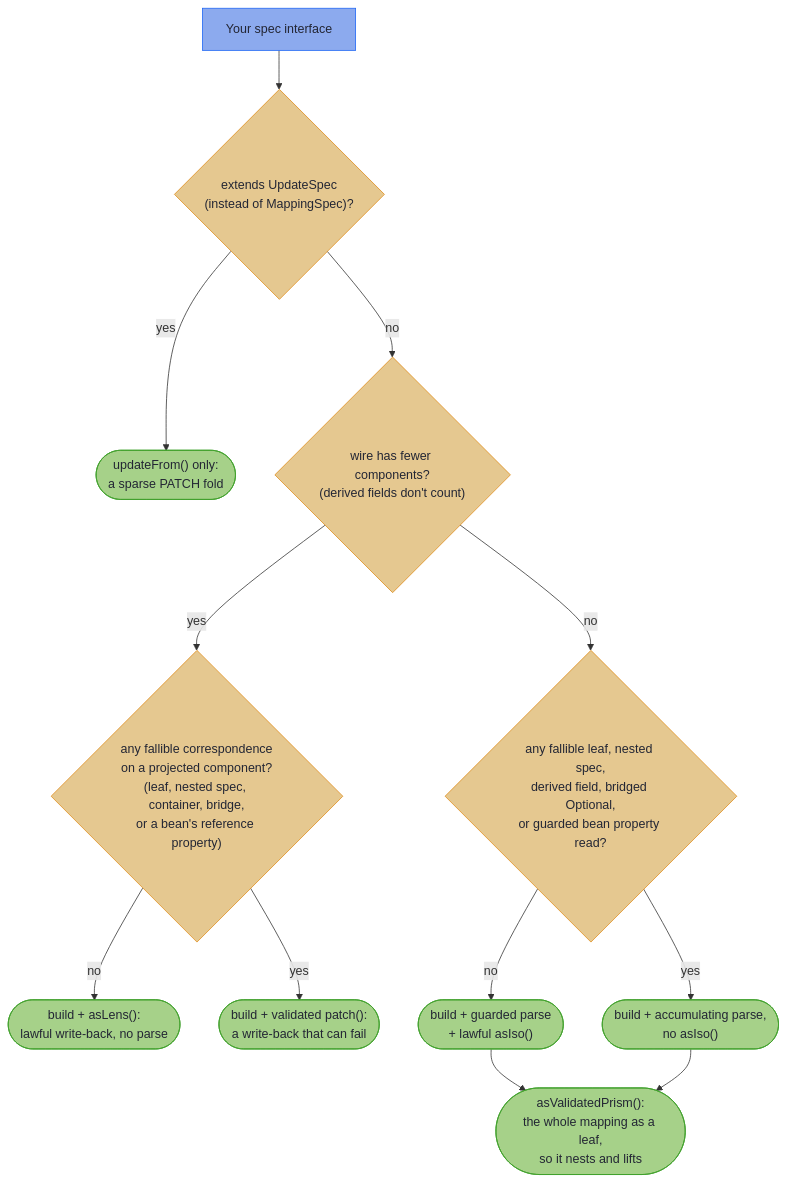
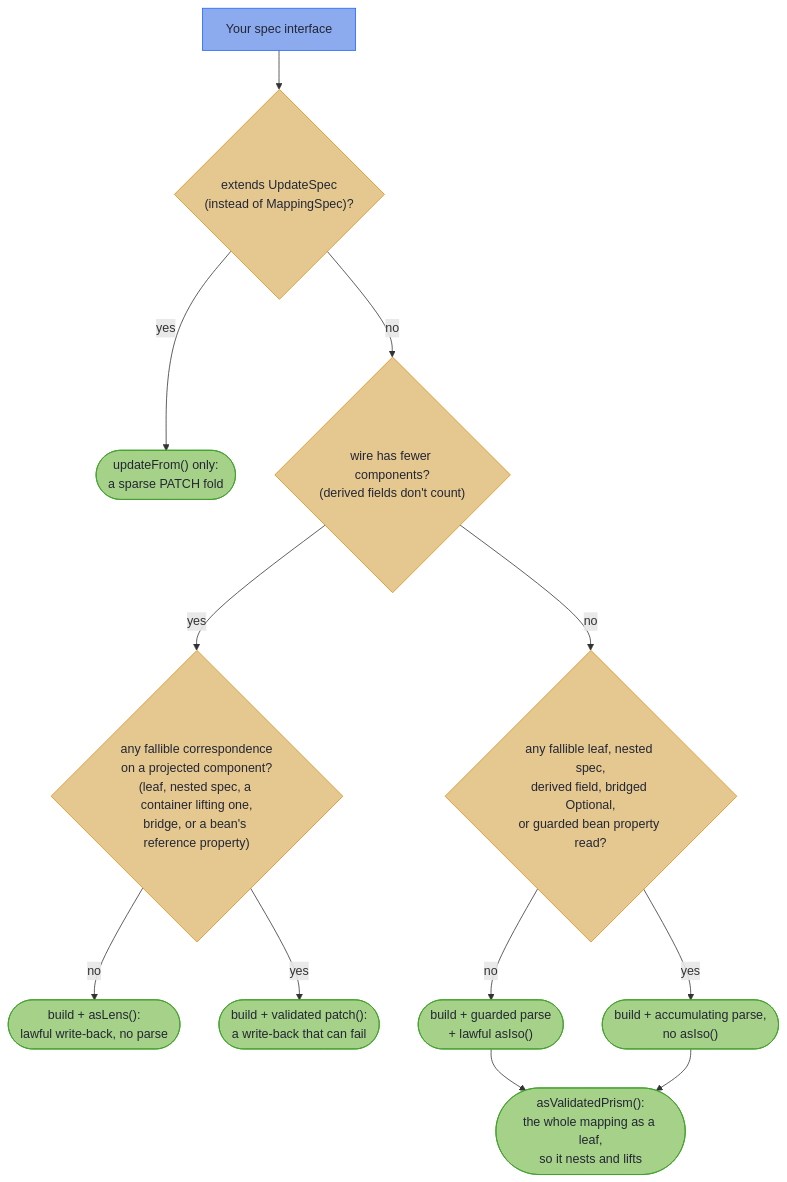
One commit to higher-kinded-j/higher-kinded-j changed the diagram in hkj-book/src/mapping/tiers.md. Above: the diagram before and after it, drawn with Mermaid. The commit also changed other lines of this file and 1 other file, not shown here.

Commit message:
Say which projections take the patch tier, on each wire shape
Two statements over-claimed. The tiers page said a bean projection lands
on the validated patch even without a leaf; that holds only when the
bean has a reference property, since an all-primitive one keeps its
lawful asLens(). The processor's class javadoc listed a container among
the correspondences that select patch; an identity List or Map copies
verbatim, so on a record wire it keeps the lens, and only a container
lifting a leaf or a nested spec is fallible.

The decision chart on the same page listed "container" the same way, so
it says "a container lifting one" too.

````diff
--- a/hkj-book/src/mapping/tiers.md
+++ b/hkj-book/src/mapping/tiers.md
@@ -20,21 +20,21 @@
 ```mermaid
 flowchart TD
     S["Your spec interface"] --> U{"extends UpdateSpec<br/>(instead of MappingSpec)?"}
     U -->|yes| UT(["updateFrom() only:<br/>a sparse PATCH fold"])
     U -->|no| W{"wire has fewer components?<br/>(derived fields don't count)"}
-    W -->|yes| F{"any fallible correspondence<br/>on a projected component?<br/>(leaf, nested spec, container, bridge,<br/>or a bean's reference property)"}
+    W -->|yes| F{"any fallible correspondence<br/>on a projected component?<br/>(leaf, nested spec, a container lifting one,<br/>bridge, or a bean's reference property)"}
     F -->|no| LT(["build + asLens():<br/>lawful write-back, no parse"])
     F -->|yes| PT(["build + validated patch():<br/>a write-back that can fail"])
     W -->|no| D{"any fallible leaf, nested spec,<br/>derived field, bridged Optional,<br/>or guarded bean property read?"}
     D -->|no| IT(["build + guarded parse<br/>+ lawful asIso()"])
     D -->|yes| VT(["build + accumulating parse,<br/>no asIso()"])
     IT --> VP(["asValidatedPrism():<br/>the whole mapping as a leaf,<br/>so it nests and lifts"])
     VT --> VP
 
     classDef wire fill:#8caaee,stroke:#1e66f5,color:#232634
     classDef tier fill:#a6d189,stroke:#40a02b,color:#232634
     classDef decision fill:#e5c890,stroke:#df8e1d,color:#232634
     class S wire
     class UT,LT,PT,IT,VT,VP tier
     class U,W,F,D decision
 ```
````
